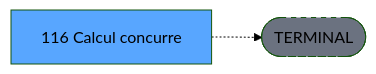
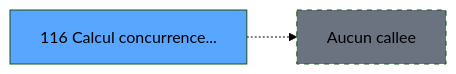
One commit to thonyAGP/magic-migration changed the third of 3 diagrams in .openspec/specs/ADH-IDE-116.md. Above: the diagram before and after it, drawn with Mermaid (forest theme). The commit also changed other lines of this file and 493 other files, not shown here.

````diff
--- a/.openspec/specs/ADH-IDE-116.md
+++ b/.openspec/specs/ADH-IDE-116.md
@@ -138,8 +260,8 @@
 ```mermaid
 graph LR
-    T[116 Calcul concurre]
-    TERM([TERMINAL])
-    T -.-> TERM
-    style TERM fill:#6b7280,stroke-dasharray: 5 5
-    style T fill:#58a6ff,color:#000
+    T116[116 Calcul concurrence...]
+    style T116 fill:#58a6ff
+    NONE[Aucun callee]
+    T116 -.-> NONE
+    style NONE fill:#6b7280,stroke-dasharray: 5 5
 ```
````
